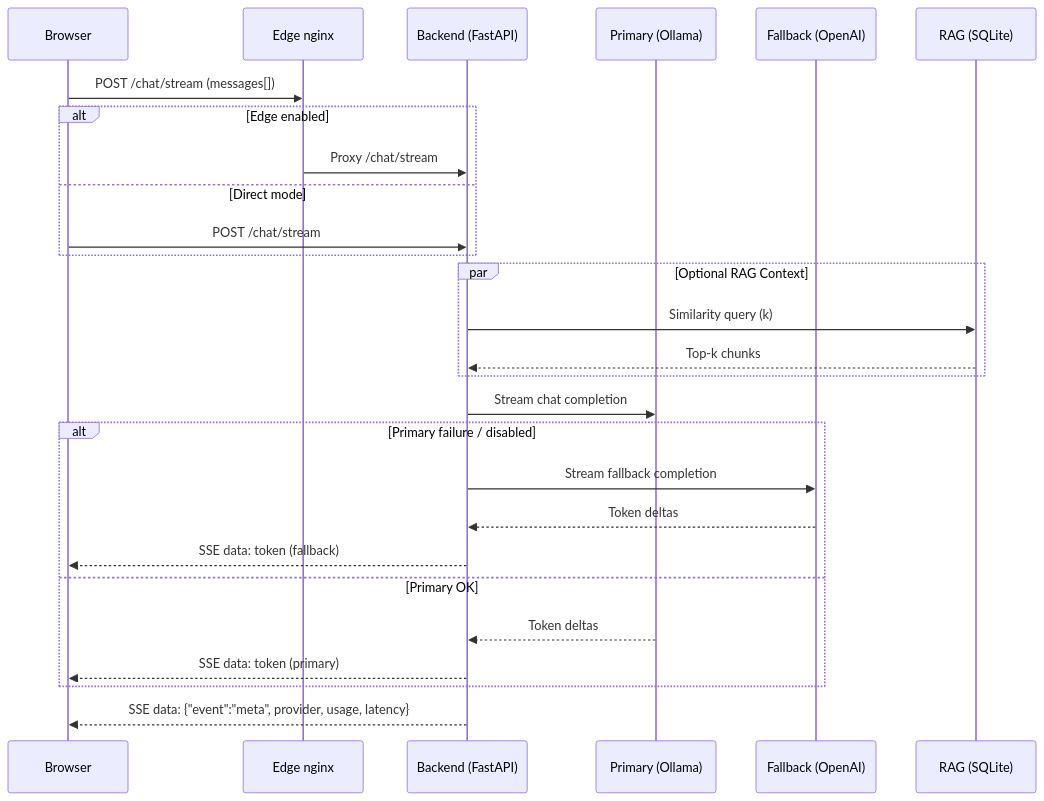
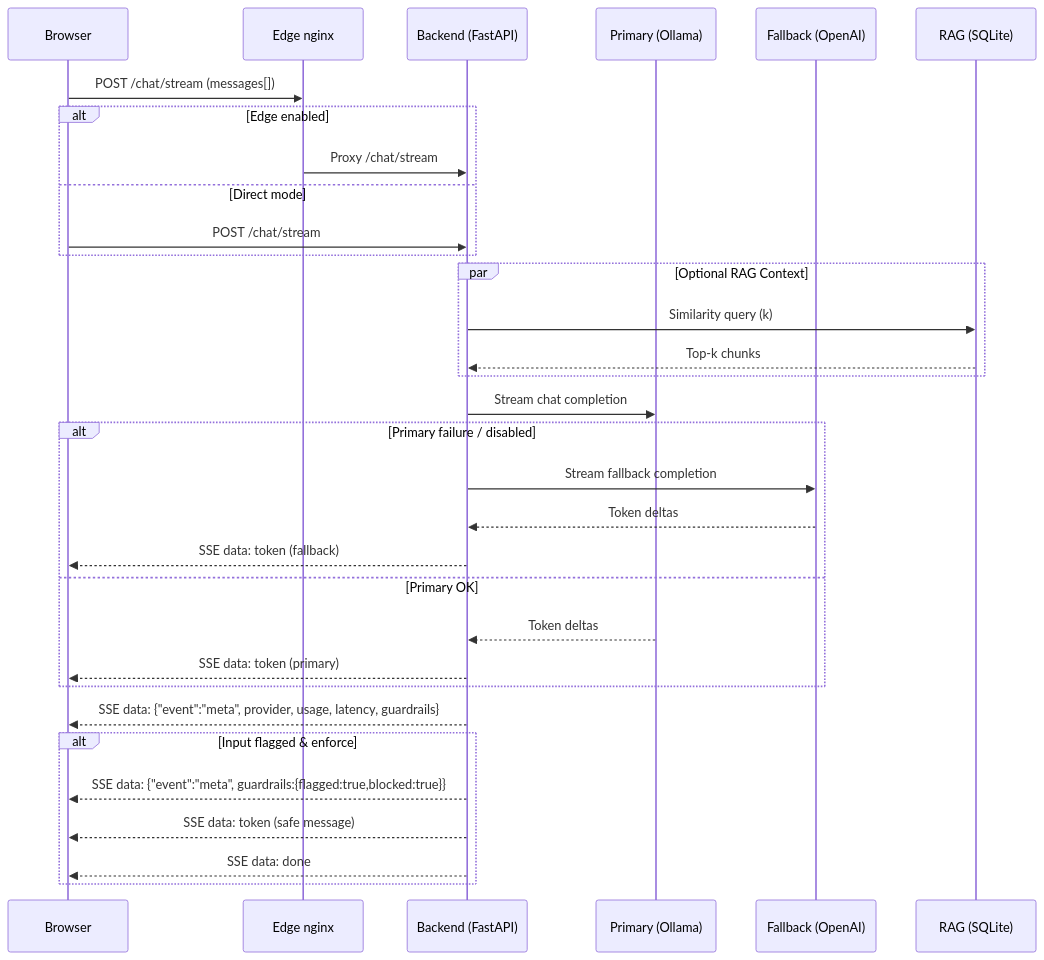
One commit to leok974/leo-portfolio changed the fourth of 6 diagrams in docs/ARCHITECTURE.md. Above: the diagram before and after it, drawn with Mermaid. The commit also changed other lines of this file and 155 other files, not shown here.

````diff
--- a/docs/ARCHITECTURE.md
+++ b/docs/ARCHITECTURE.md
@@ -155,30 +156,35 @@
 ```mermaid
 sequenceDiagram
     participant U as Browser
     participant E as Edge nginx
     participant B as Backend (FastAPI)
     participant P as Primary (Ollama)
     participant F as Fallback (OpenAI)
     participant R as RAG (SQLite)
 
     U->>E: POST /chat/stream (messages[])
     alt Edge enabled
         E->>B: Proxy /chat/stream
     else Direct mode
         U->>B: POST /chat/stream
     end
     par Optional RAG Context
         B->>R: Similarity query (k)
         R-->>B: Top-k chunks
     end
     B->>P: Stream chat completion
     alt Primary failure / disabled
         B->>F: Stream fallback completion
         F-->>B: Token deltas
         B-->>U: SSE data: token (fallback)
     else Primary OK
         P-->>B: Token deltas
         B-->>U: SSE data: token (primary)
     end
-    B-->>U: SSE data: {"event":"meta", provider, usage, latency}
+    B-->>U: SSE data: {"event":"meta", provider, usage, latency, guardrails}
+    alt Input flagged & enforce
+        B-->>U: SSE data: {"event":"meta", guardrails:{flagged:true,blocked:true}}
+        B-->>U: SSE data: token (safe message)
+        B-->>U: SSE data: done
+    end
 ```
````
